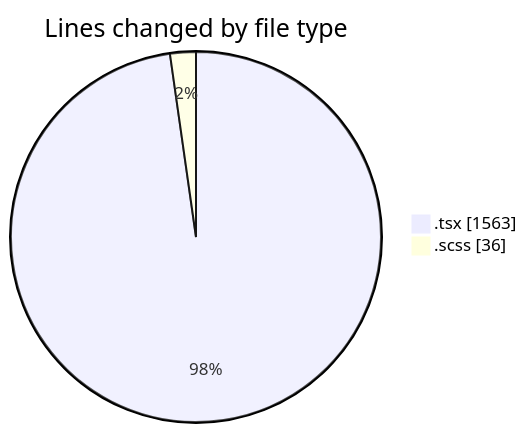
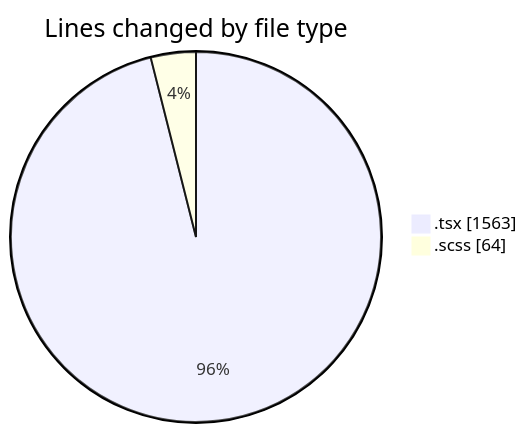
Before and after one commit to momahboobian/code-tracking: the first of 2 diagrams in 2025-06-16/cda/README.md, drawn with Mermaid. The commit also changed other lines of this file and 1 other file, not shown here.

````diff
--- a/2025-06-16/cda/README.md
+++ b/2025-06-16/cda/README.md
@@ -23,6 +23,6 @@
 ```mermaid
 pie showData
 title Lines changed by file type
 ".tsx" : 1563
-".scss" : 36
+".scss" : 64
 ```
````
